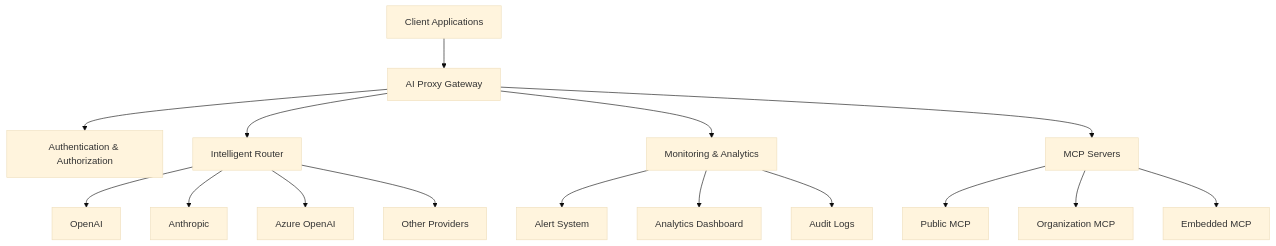
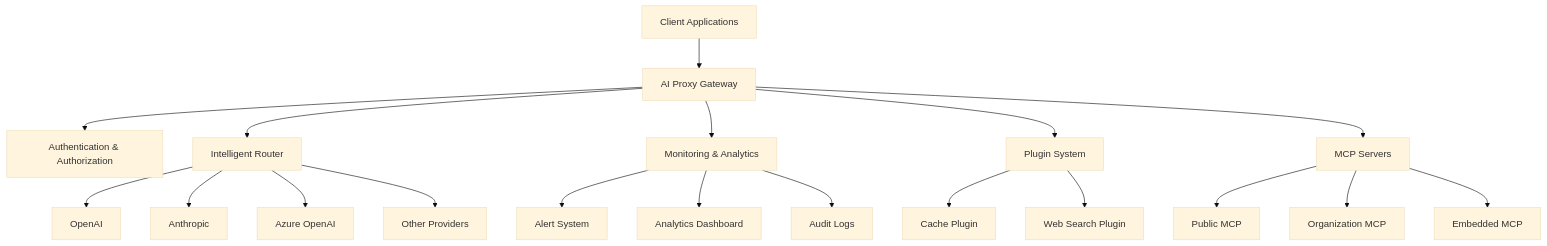
The diagram in README.md (zijiren233/aiproxy), drawn with Mermaid (base theme) before and after one commit. The commit also changed other lines of this file and 2 other files, not shown here.

Commit message:
docs: update plugin docs

````diff
--- a/README.md
+++ b/README.md
@@ -58,21 +64,25 @@
 ```mermaid
 graph TB
     Client[Client Applications] --> Gateway[AI Proxy Gateway]
     Gateway --> Auth[Authentication & Authorization]
     Gateway --> Router[Intelligent Router]
     Gateway --> Monitor[Monitoring & Analytics]
+    Gateway --> Plugins[Plugin System]
+    
+    Plugins --> CachePlugin[Cache Plugin]
+    Plugins --> SearchPlugin[Web Search Plugin]
     
     Router --> Provider1[OpenAI]
     Router --> Provider2[Anthropic]
     Router --> Provider3[Azure OpenAI]
     Router --> ProviderN[Other Providers]
     
     Gateway --> MCP[MCP Servers]
     MCP --> PublicMCP[Public MCP]
     MCP --> GroupMCP[Organization MCP]
     MCP --> EmbedMCP[Embedded MCP]
     
     Monitor --> Alerts[Alert System]
     Monitor --> Analytics[Analytics Dashboard]
     Monitor --> Logs[Audit Logs]
 ```
````
